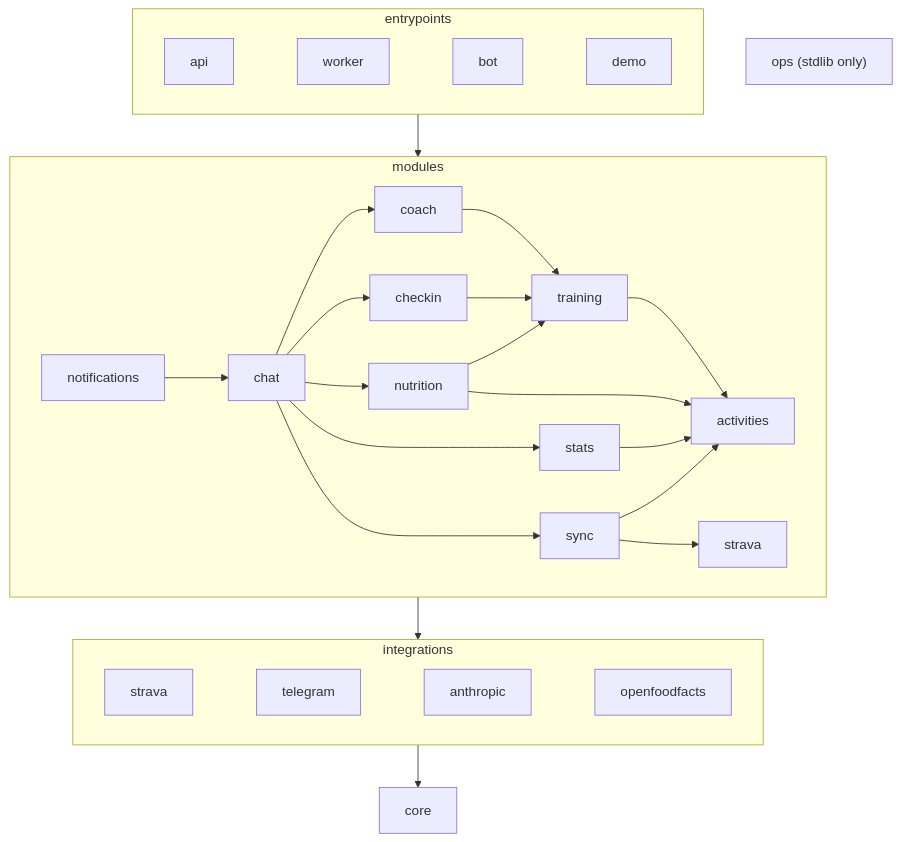
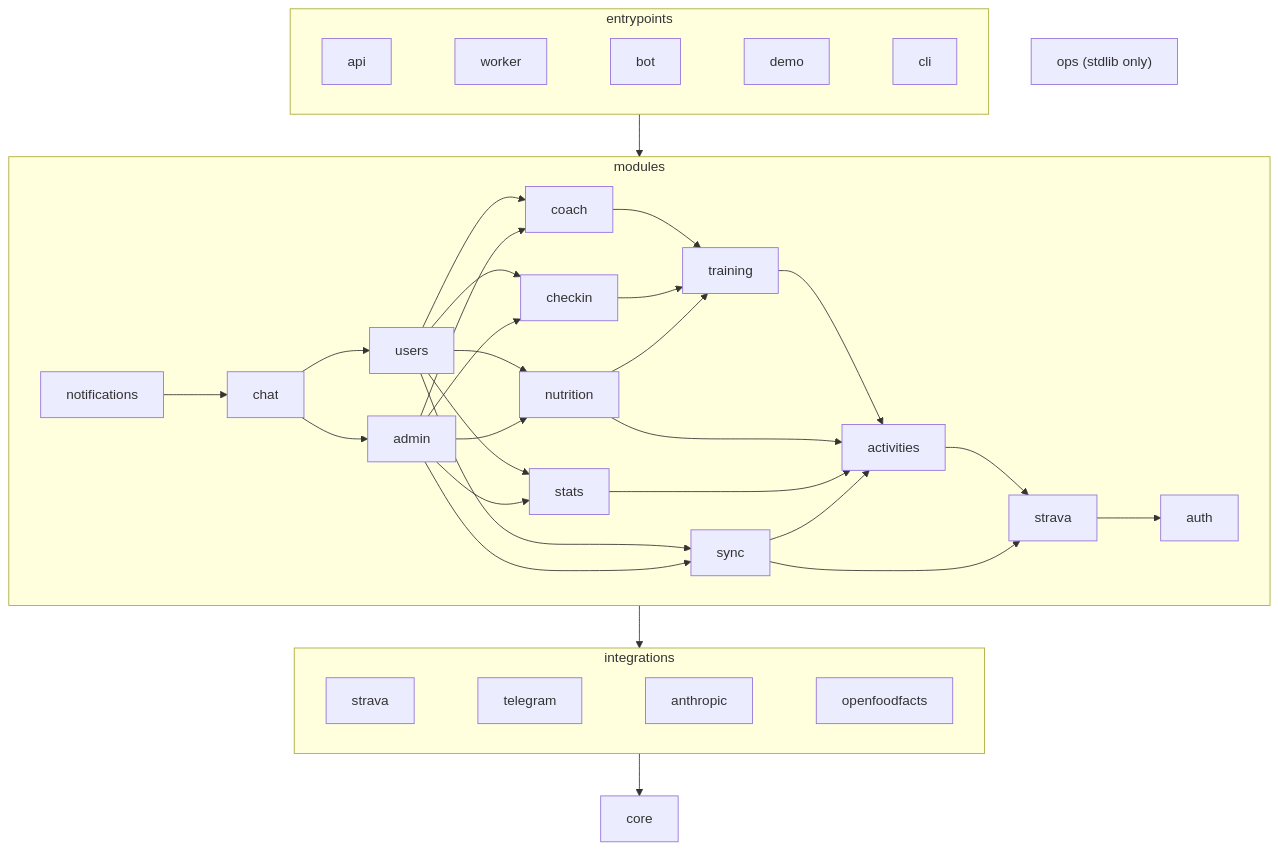
One commit to umutaydins/trainsync changed diagram 32 of 34 in docs/diagrams.md. Above: the diagram before and after it, drawn with Mermaid. The commit also changed other lines of this file and 8 other files, not shown here.

Commit message:
P8.8 docs: accounts, Telegram linking, auth modes, tenancy data model, diagrams (ER, components, sign-up/login and /link sequences), env tables, Strava athlete capacity, layout; the bot links on the dashboard's /start CODE deep link

````diff
--- a/docs/diagrams.md
+++ b/docs/diagrams.md
@@ -1495,21 +1638,24 @@
 ```mermaid
 flowchart TB
   subgraph E["entrypoints"]
     direction LR
-    eapi["api"] ~~~ eworker["worker"] ~~~ ebot["bot"] ~~~ edemo["demo"]
+    eapi["api"] ~~~ eworker["worker"] ~~~ ebot["bot"] ~~~ edemo["demo"] ~~~ ecli["cli"]
   end
   subgraph M["modules"]
     notifications --> chat
-    chat --> coach & checkin & nutrition & stats & sync
+    chat --> users & admin
+    users & admin --> coach & checkin & nutrition & stats & sync
     coach & checkin & nutrition --> training
     training & nutrition & stats & sync --> activities
+    activities --> strava
     sync --> strava
+    strava --> auth
   end
   subgraph I["integrations"]
     direction LR
     istrava["strava"] ~~~ itelegram["telegram"] ~~~ ianthropic["anthropic"] ~~~ ioff["openfoodfacts"]
   end
   C["core"]
   E --> M --> I --> C
   O["ops (stdlib only)"]
 ```
````
